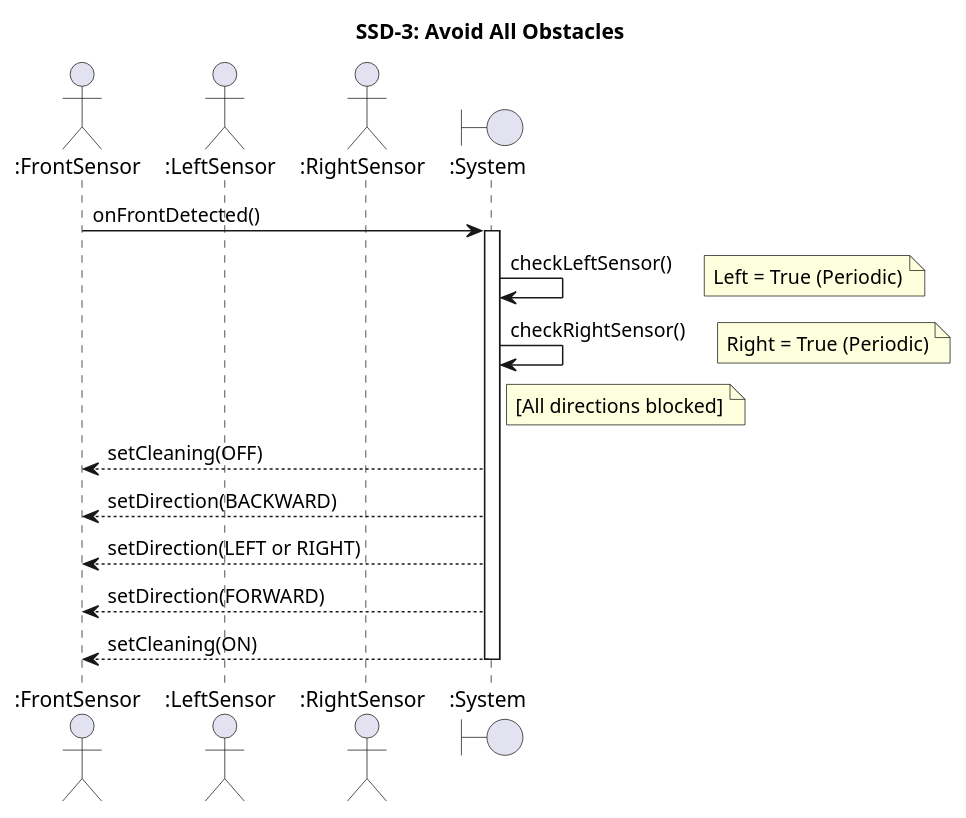
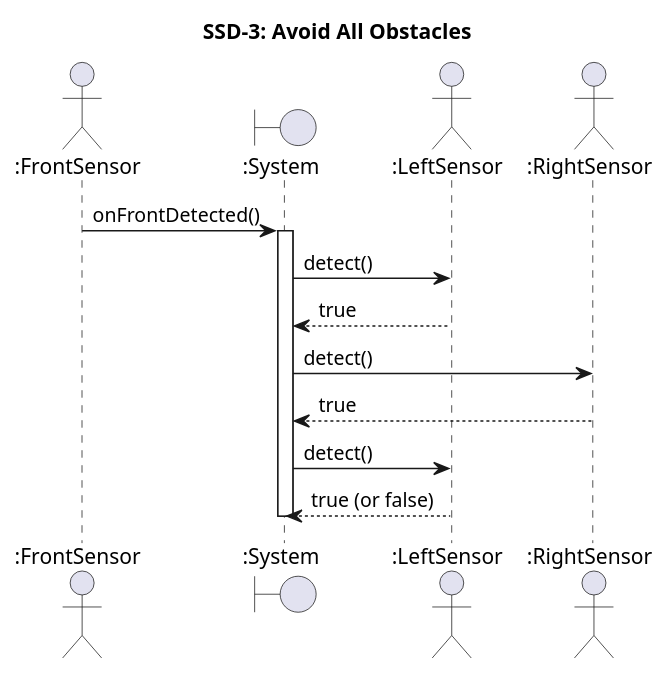
One commit to OOP-konkuk/CICD-Team7 changed the third of 4 diagrams in docs/vibe-coding/02-ooa/ssd.mdx. Above: the diagram before and after it, drawn with PlantUML. The commit also changed other lines of this file and 4 other files, not shown here.

````diff
--- a/docs/vibe-coding/02-ooa/ssd.mdx
+++ b/docs/vibe-coding/02-ooa/ssd.mdx
@@ -101,26 +99,20 @@
 ```plantuml
 @startuml SSD3_AvoidAllObstacles
 title SSD-3: Avoid All Obstacles
 
 actor ":FrontSensor" as FS
+boundary ":System" as Sys
 actor ":LeftSensor" as LS
 actor ":RightSensor" as RS
-boundary ":System" as Sys
 
 FS -> Sys : onFrontDetected()
 activate Sys
-Sys -> Sys : checkLeftSensor()
-note right : Left = True (Periodic)
-Sys -> Sys : checkRightSensor()
-note right : Right = True (Periodic)
-note right of Sys
-  [All directions blocked]
-end note
-Sys --> FS : setCleaning(OFF)
-Sys --> FS : setDirection(BACKWARD)
-Sys --> FS : setDirection(LEFT or RIGHT)
-Sys --> FS : setDirection(FORWARD)
-Sys --> FS : setCleaning(ON)
+Sys -> LS : detect()
+LS --> Sys : true
+Sys -> RS : detect()
+RS --> Sys : true
+Sys -> LS : detect()
+LS --> Sys : true (or false)
 deactivate Sys
 @enduml
 ```
````
